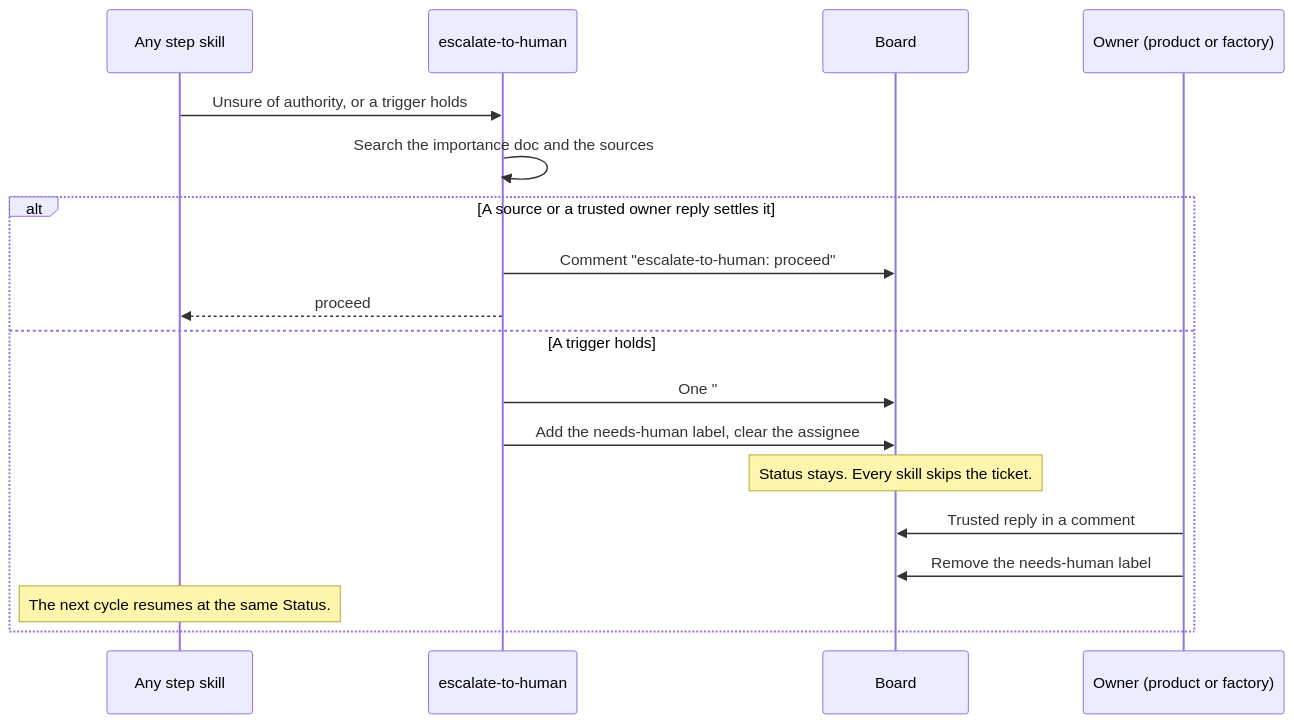
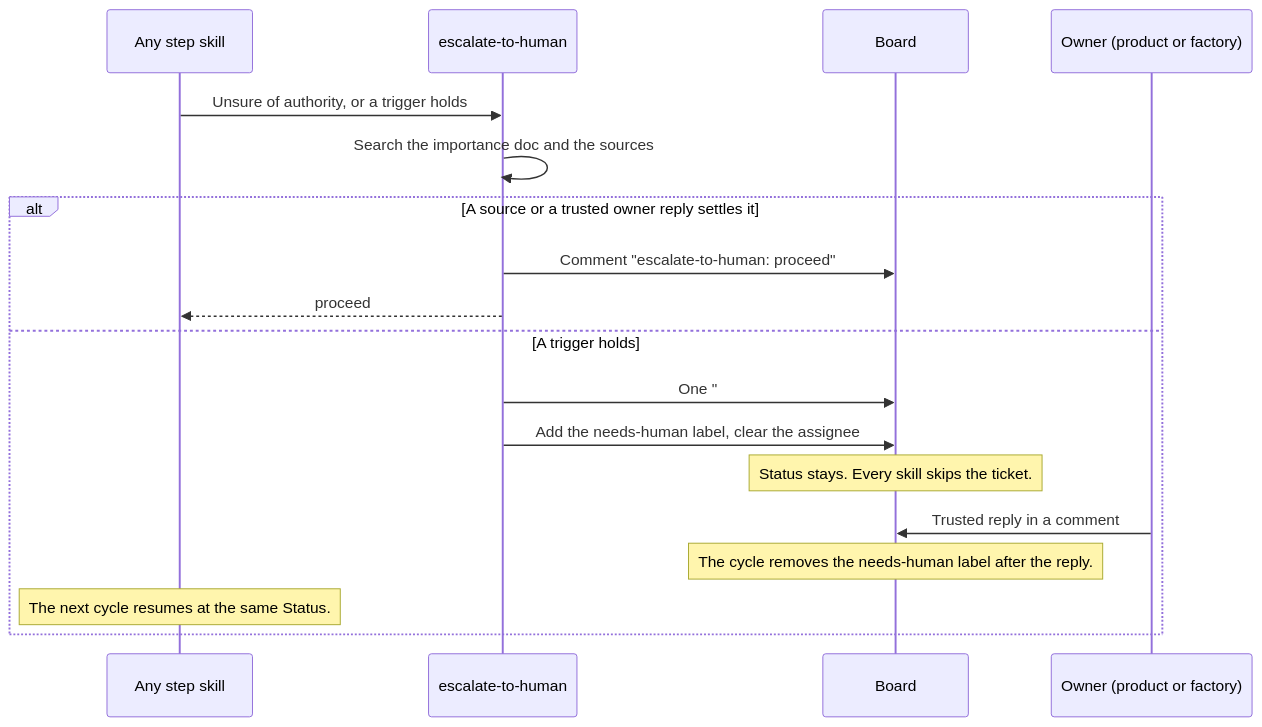
One commit to dmitriywind/agentic-sdlc changed the ninth of 9 diagrams in docs/architecture/flows.md. Above: the diagram before and after it, drawn with Mermaid. The commit also changed other lines of this file and 15 other files, not shown here.

Commit message:
learning off at budget 0 (template default); stress test round 2 record; roadmap

````diff
--- a/docs/architecture/flows.md
+++ b/docs/architecture/flows.md
@@ -252,20 +264,20 @@
 ```mermaid
 sequenceDiagram
   participant K as Any step skill
   participant E as escalate-to-human
   participant B as Board
   participant O as Owner (product or factory)
   K->>E: Unsure of authority, or a trigger holds
   E->>E: Search the importance doc and the sources
   alt A source or a trusted owner reply settles it
     E->>B: Comment "escalate-to-human: proceed"
     E-->>K: proceed
   else A trigger holds
     E->>B: One "### Needs human" comment
     E->>B: Add the needs-human label, clear the assignee
     Note over B: Status stays. Every skill skips the ticket.
     O->>B: Trusted reply in a comment
-    O->>B: Remove the needs-human label
+    Note over B: The cycle removes the needs-human label after the reply.
     Note over K: The next cycle resumes at the same Status.
   end
 ```
````
